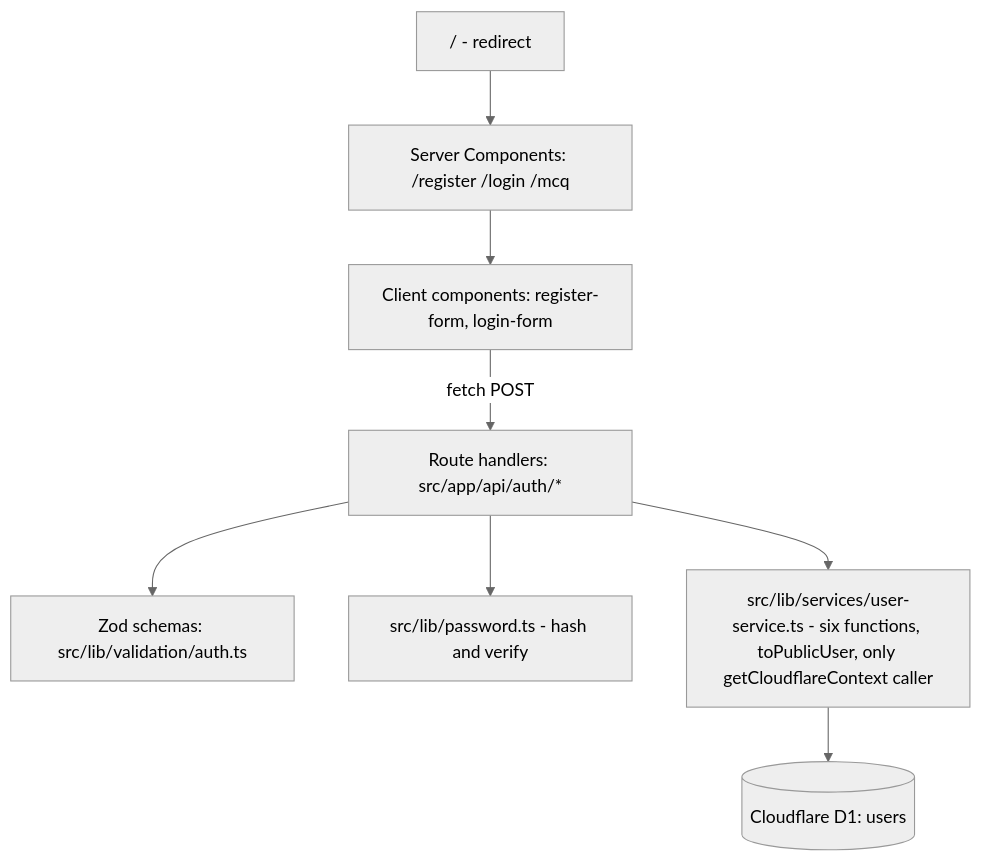
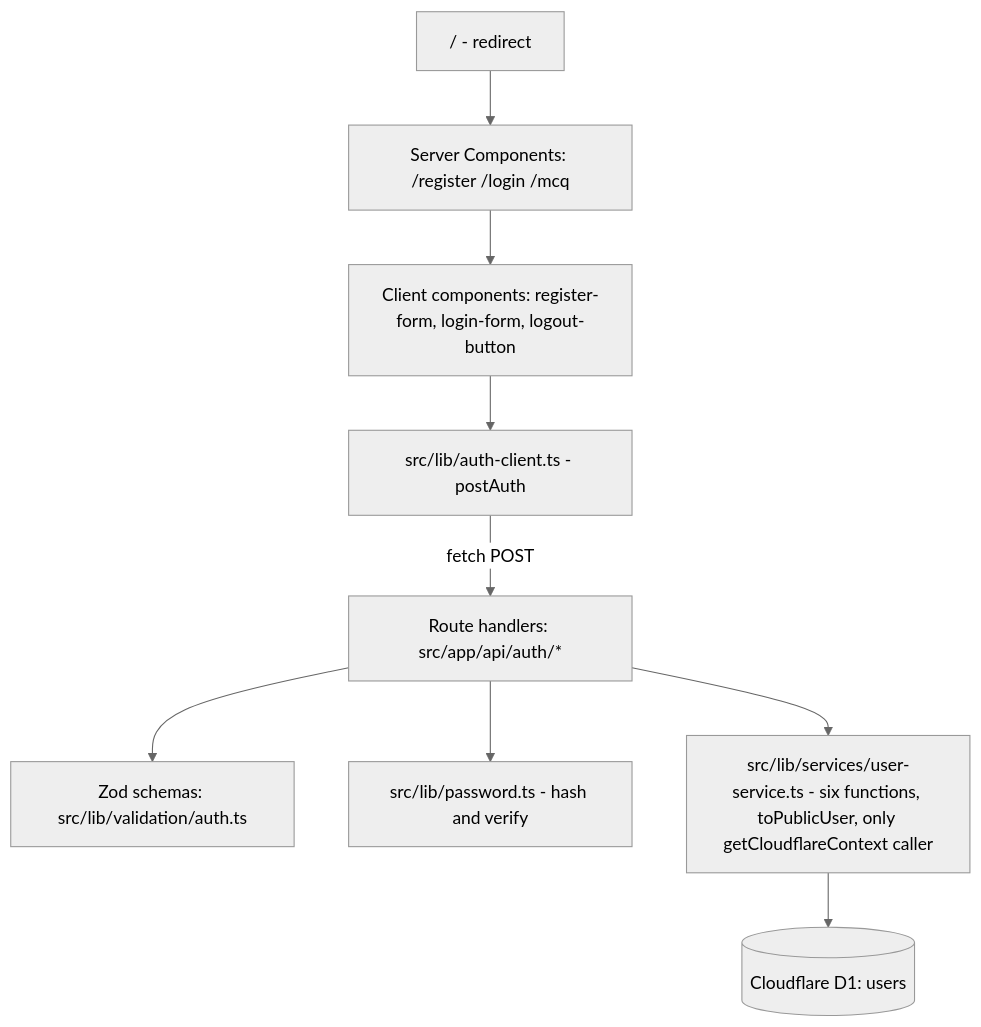
Before and after one commit to KusumaBS16/aisprint-quizmaker: the diagram in ai-workspace/aisprint-login-logout-technical-prd.md, drawn with Mermaid (neutral theme). The commit also changed other lines of this file and 19 other files, not shown here.

````diff
--- a/ai-workspace/aisprint-login-logout-technical-prd.md
+++ b/ai-workspace/aisprint-login-logout-technical-prd.md
@@ -1064,10 +1138,11 @@
 ```mermaid
 graph TD
   Root["/ - redirect"] --> Pages
-  Pages["Server Components: /register /login /mcq"] --> Forms["Client components: register-form, login-form"]
-  Forms -->|"fetch POST"| Routes["Route handlers: src/app/api/auth/*"]
+  Pages["Server Components: /register /login /mcq"] --> Forms["Client components: register-form, login-form, logout-button"]
+  Forms --> Client["src/lib/auth-client.ts - postAuth"]
+  Client -->|"fetch POST"| Routes["Route handlers: src/app/api/auth/*"]
   Routes --> Validation["Zod schemas: src/lib/validation/auth.ts"]
   Routes --> Password["src/lib/password.ts - hash and verify"]
   Routes --> UserSvc["src/lib/services/user-service.ts - six functions, toPublicUser, only getCloudflareContext caller"]
   UserSvc --> D1[("Cloudflare D1: users")]
 ```
````
